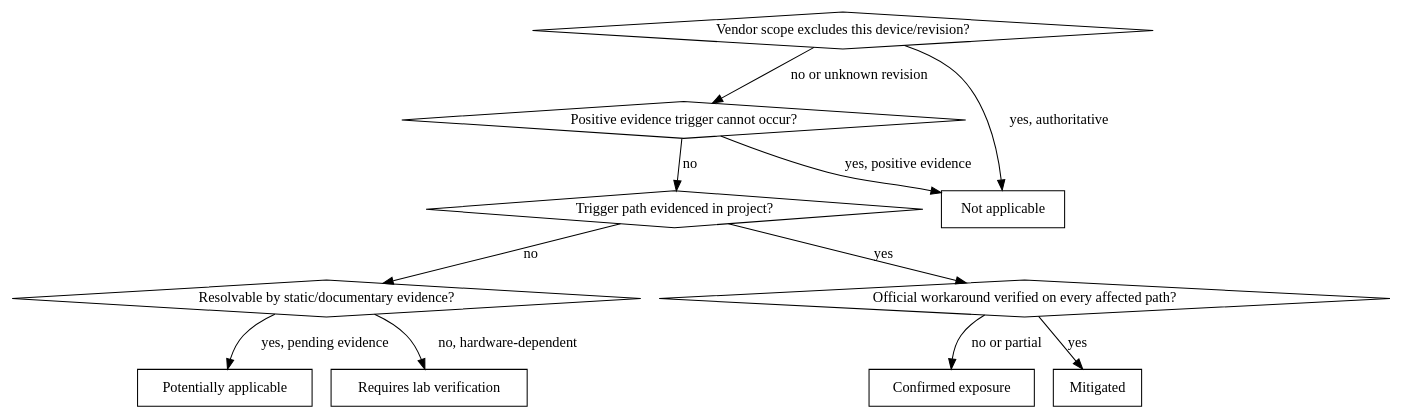
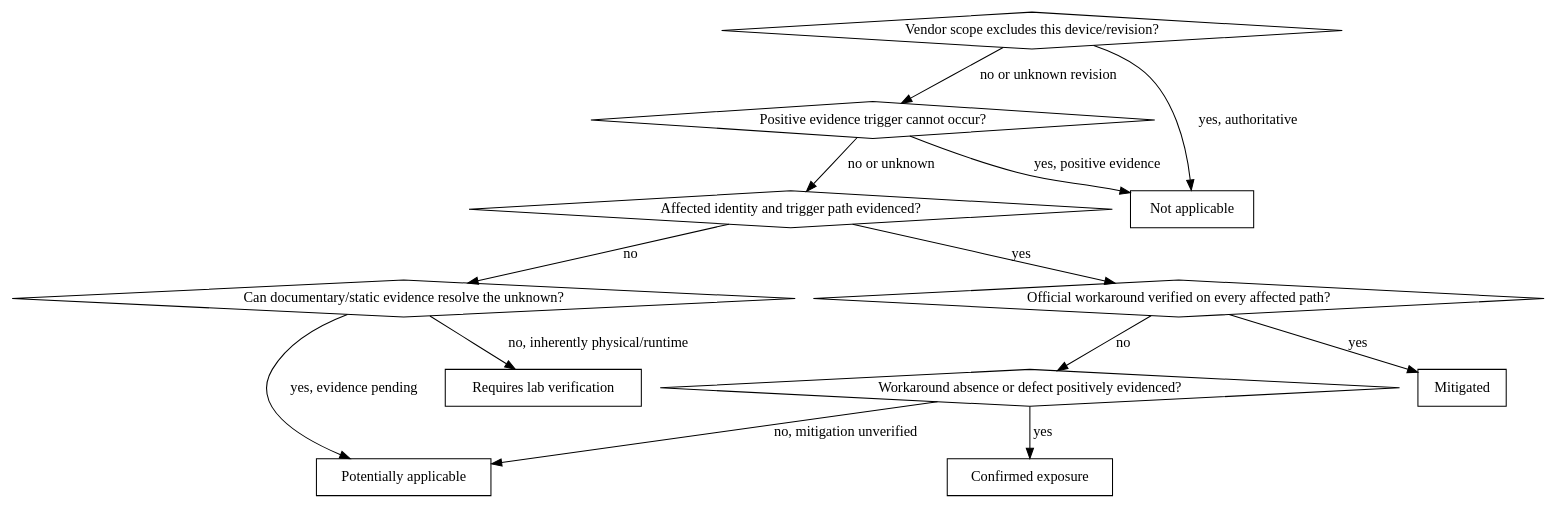
One commit to Dheerajsom/silicon-errata-auditor changed the diagram in SKILL.md. Above: the diagram before and after it, drawn with Graphviz. The commit also changed other lines of this file and 6 other files, not shown here.

````diff
--- a/SKILL.md
+++ b/SKILL.md
@@ -79,25 +73,28 @@
 ```dot
 digraph classify {
     "Vendor scope excludes this device/revision?" [shape=diamond];
     "Positive evidence trigger cannot occur?" [shape=diamond];
-    "Trigger path evidenced in project?" [shape=diamond];
-    "Resolvable by static/documentary evidence?" [shape=diamond];
+    "Affected identity and trigger path evidenced?" [shape=diamond];
+    "Can documentary/static evidence resolve the unknown?" [shape=diamond];
     "Official workaround verified on every affected path?" [shape=diamond];
+    "Workaround absence or defect positively evidenced?" [shape=diamond];
     "Not applicable" [shape=box];
     "Potentially applicable" [shape=box];
     "Requires lab verification" [shape=box];
     "Confirmed exposure" [shape=box];
     "Mitigated" [shape=box];
 
     "Vendor scope excludes this device/revision?" -> "Not applicable" [label="yes, authoritative"];
     "Vendor scope excludes this device/revision?" -> "Positive evidence trigger cannot occur?" [label="no or unknown revision"];
     "Positive evidence trigger cannot occur?" -> "Not applicable" [label="yes, positive evidence"];
-    "Positive evidence trigger cannot occur?" -> "Trigger path evidenced in project?" [label="no"];
-    "Trigger path evidenced in project?" -> "Resolvable by static/documentary evidence?" [label="no"];
-    "Resolvable by static/documentary evidence?" -> "Potentially applicable" [label="yes, pending evidence"];
-    "Resolvable by static/documentary evidence?" -> "Requires lab verification" [label="no, hardware-dependent"];
-    "Trigger path evidenced in project?" -> "Official workaround verified on every affected path?" [label="yes"];
+    "Positive evidence trigger cannot occur?" -> "Affected identity and trigger path evidenced?" [label="no or unknown"];
+    "Affected identity and trigger path evidenced?" -> "Can documentary/static evidence resolve the unknown?" [label="no"];
+    "Can documentary/static evidence resolve the unknown?" -> "Potentially applicable" [label="yes, evidence pending"];
+    "Can documentary/static evidence resolve the unknown?" -> "Requires lab verification" [label="no, inherently physical/runtime"];
+    "Affected identity and trigger path evidenced?" -> "Official workaround verified on every affected path?" [label="yes"];
     "Official workaround verified on every affected path?" -> "Mitigated" [label="yes"];
-    "Official workaround verified on every affected path?" -> "Confirmed exposure" [label="no or partial"];
+    "Official workaround verified on every affected path?" -> "Workaround absence or defect positively evidenced?" [label="no"];
+    "Workaround absence or defect positively evidenced?" -> "Confirmed exposure" [label="yes"];
+    "Workaround absence or defect positively evidenced?" -> "Potentially applicable" [label="no, mitigation unverified"];
 }
 ```
````
